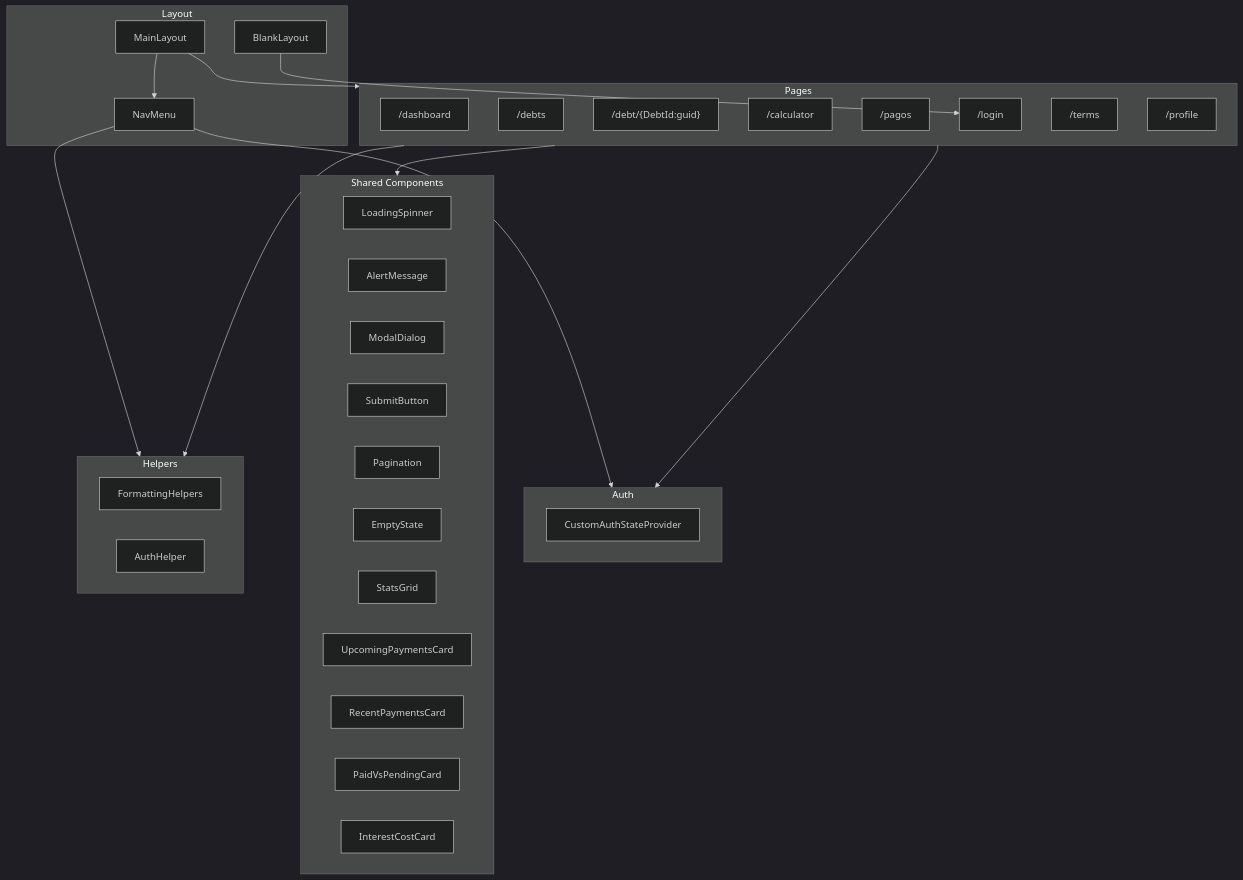
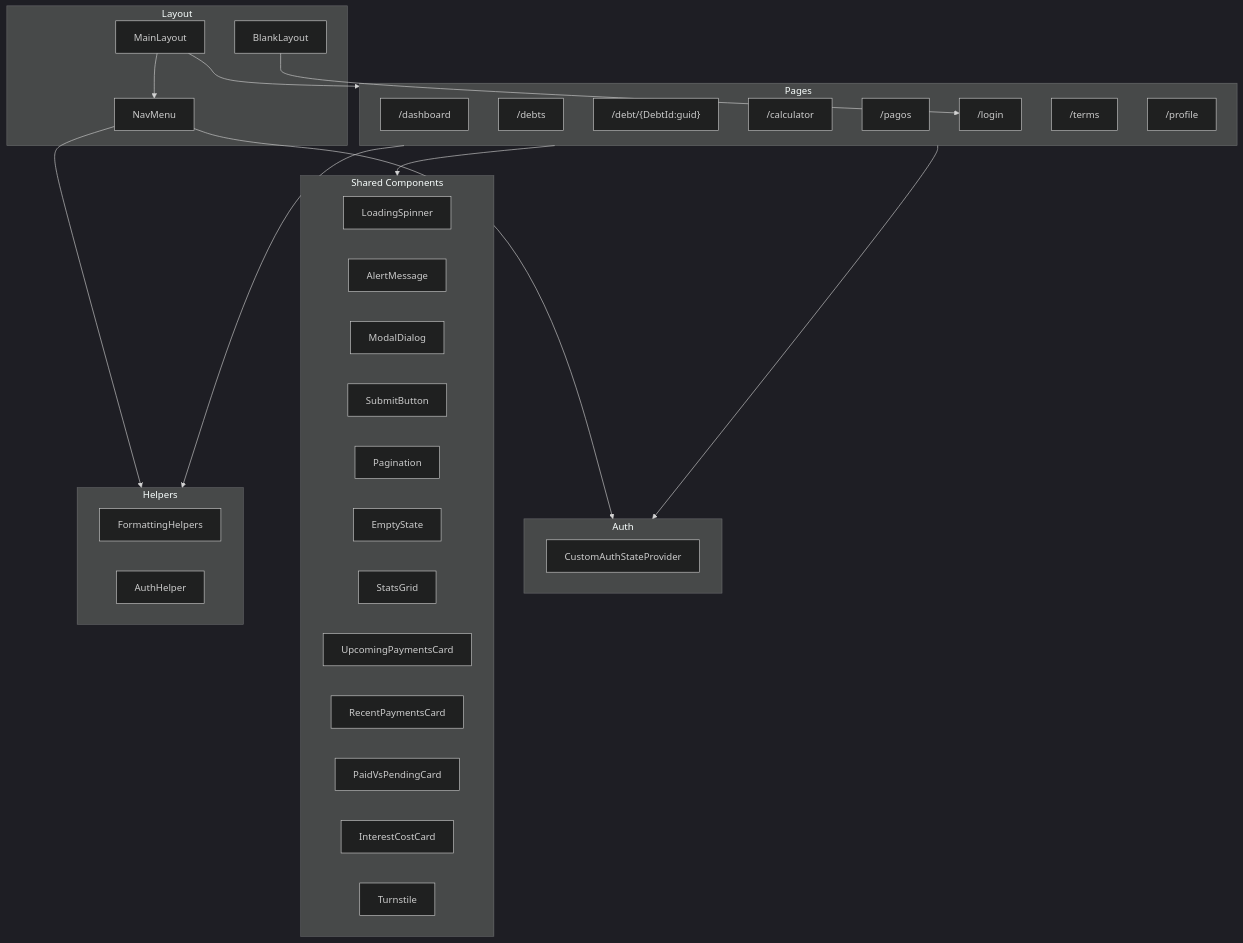
The second of 5 diagrams in AGENTS.md (Reniato00/DebtsApp), drawn with Mermaid (dark theme) before and after one commit. The commit also changed 7 other files, not shown here.

````diff
--- a/AGENTS.md
+++ b/AGENTS.md
@@ -27,51 +27,52 @@
 ```mermaid
 flowchart TD
     subgraph Pages["Pages"]
         Dashboard["/dashboard"]
         Debts["/debts"]
         DebtDetail["/debt/{DebtId:guid}"]
         Calculator["/calculator"]
         Pagos["/pagos"]
         Login["/login"]
         Terms["/terms"]
         Profile["/profile"]
     end
 
     subgraph Layout["Layout"]
         MainLayout
         NavMenu
         BlankLayout
     end
 
     subgraph Shared["Shared Components"]
         LoadingSpinner
         AlertMessage
         ModalDialog
         SubmitButton
         Pagination
         EmptyState
         StatsGrid
         UpcomingPaymentsCard
         RecentPaymentsCard
         PaidVsPendingCard
         InterestCostCard
+        Turnstile
     end
 
     subgraph Helpers["Helpers"]
         FormattingHelpers
         AuthHelper
     end
 
     subgraph Auth["Auth"]
         CustomAuthStateProvider
     end
 
     MainLayout --> NavMenu
     MainLayout --> Pages
     BlankLayout --> Login
     Pages --> Shared
     Pages --> Helpers
     Pages --> Auth
     NavMenu --> Helpers
     NavMenu --> Auth
 ```
````
